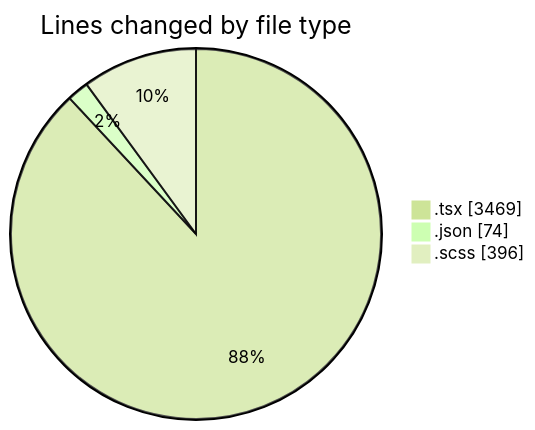
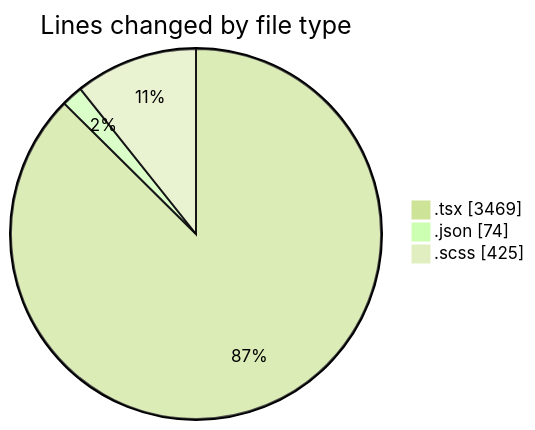
One commit to momahboobian/code-tracking changed the first of 2 diagrams in 2025-04-08/cda/README.md. Above: the diagram before and after it, drawn with Mermaid (forest theme). The commit also changed other lines of this file and 1 other file, not shown here.

````diff
--- a/2025-04-08/cda/README.md
+++ b/2025-04-08/cda/README.md
@@ -31,7 +31,7 @@
 ```mermaid
 pie showData
 title Lines changed by file type
 ".tsx" : 3469
 ".json" : 74
-".scss" : 396
+".scss" : 425
 ```
````
